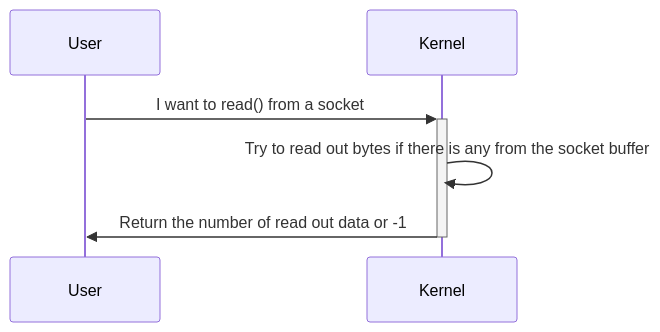
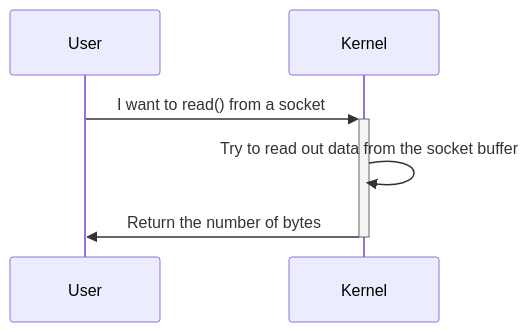
Before and after one commit to yihan1998/yihan1998.github.io: the first of 2 diagrams in _posts/2024-03-09-linux-syscall-101.md, drawn with Mermaid. The commit also changed other lines of this file, not shown here.

````diff
--- a/_posts/2024-03-09-linux-syscall-101.md
+++ b/_posts/2024-03-09-linux-syscall-101.md
@@ -50,9 +50,9 @@
 ```mermaid
 sequenceDiagram
     participant User
     participant Kernel
 
     User->>+Kernel: I want to read() from a socket
-    Kernel->>Kernel: Try to read out bytes if there is any from the socket buffer
-    Kernel->>-User: Return the number of read out data or -1
+    Kernel->>Kernel: Try to read out data from the socket buffer
+    Kernel->>-User: Return the number of bytes
 ```
````
